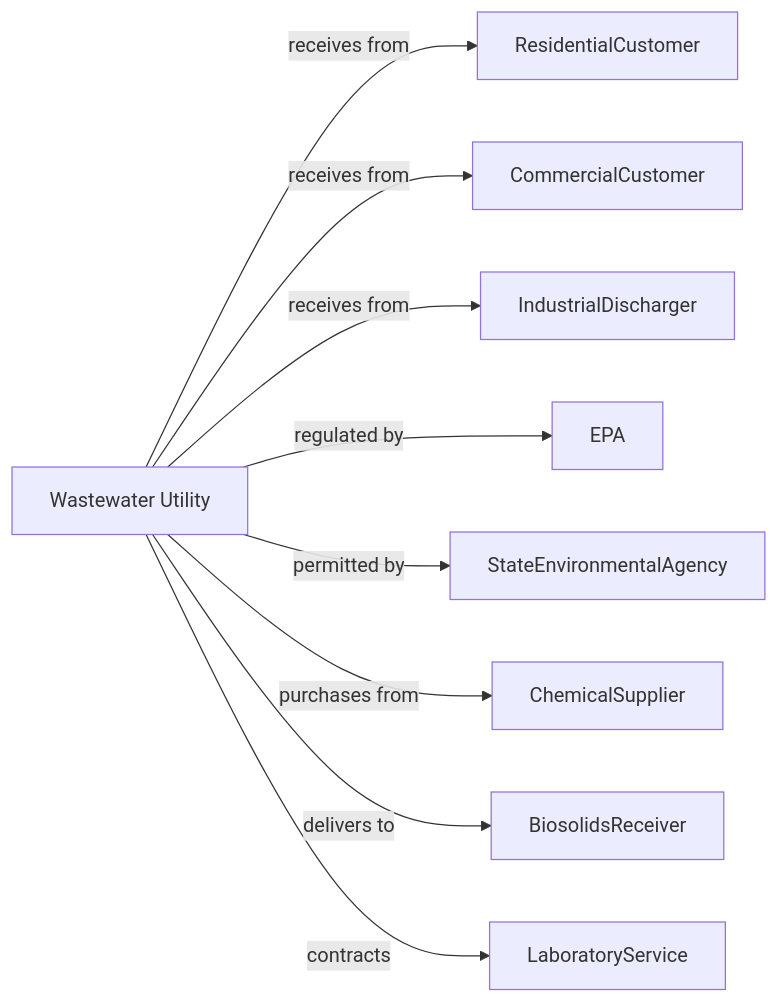
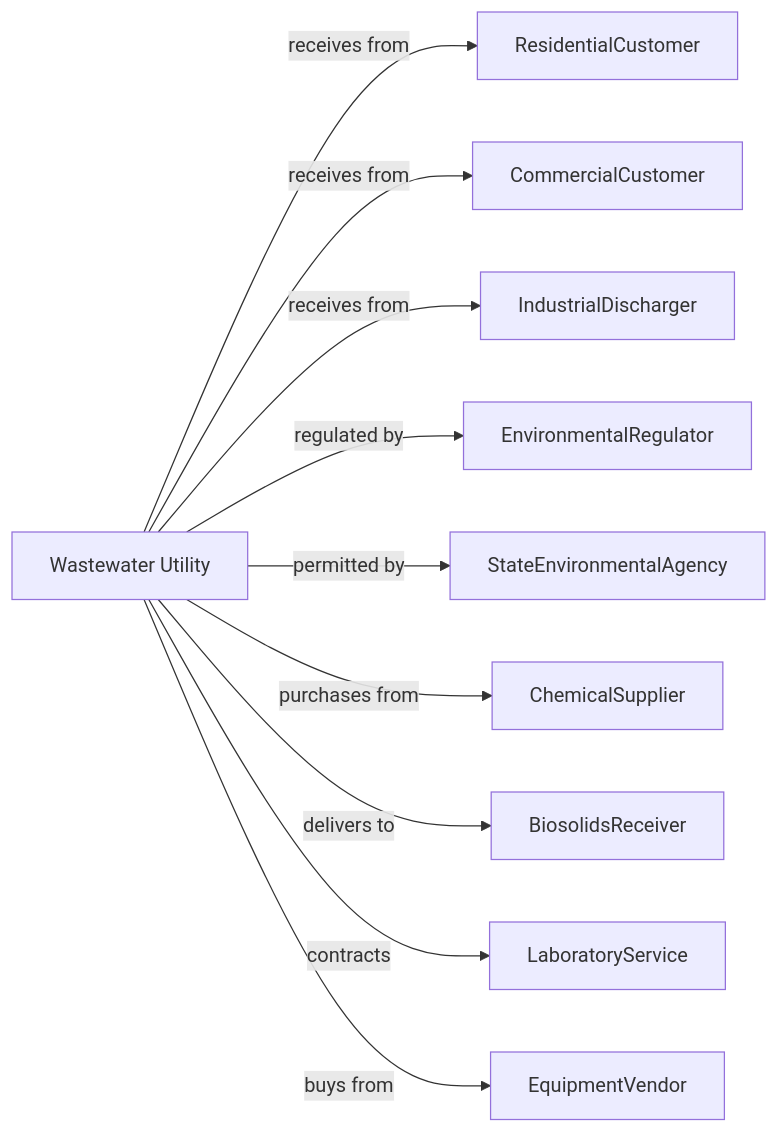
The second of 2 diagrams in Utilities/Utilities/WaterSewageAndOtherSystems/SewageTreatmentFacilities.mdx (dot-org-ai/industries.org.ai), drawn with Mermaid before and after one commit. The commit also changed other lines of this file and 588 other files, not shown here.

````diff
--- a/Utilities/Utilities/WaterSewageAndOtherSystems/SewageTreatmentFacilities.mdx
+++ b/Utilities/Utilities/WaterSewageAndOtherSystems/SewageTreatmentFacilities.mdx
@@ -139,13 +139,14 @@
 ```mermaid
 graph LR
     W[Wastewater Utility]
 
     W -->|receives from| ResidentialCustomer
     W -->|receives from| CommercialCustomer
     W -->|receives from| IndustrialDischarger
-    W -->|regulated by| EPA
+    W -->|regulated by| EnvironmentalRegulator
     W -->|permitted by| StateEnvironmentalAgency
     W -->|purchases from| ChemicalSupplier
     W -->|delivers to| BiosolidsReceiver
     W -->|contracts| LaboratoryService
+    W -->|buys from| EquipmentVendor
 ```
````
